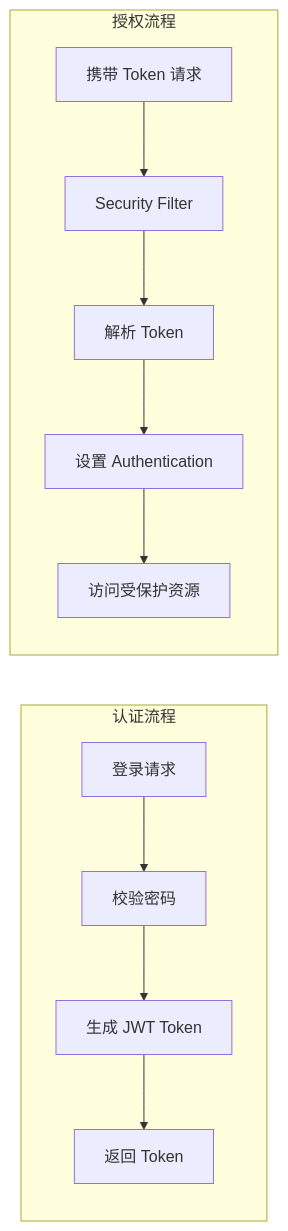
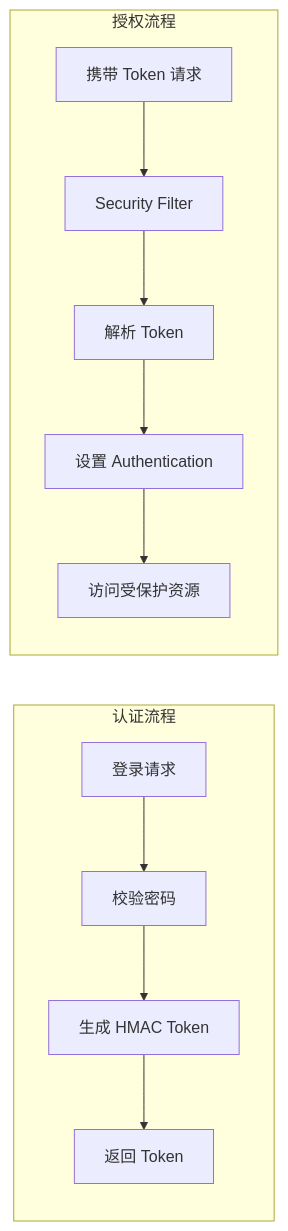
One commit to ZIQI-a/trail-map changed the fifth of 5 diagrams in docs/wiki/02-架构总览.md. Above: the diagram before and after it, drawn with Mermaid. The commit also changed other lines of this file and 14 other files, not shown here.

````diff
--- a/docs/wiki/02-架构总览.md
+++ b/docs/wiki/02-架构总览.md
@@ -169,20 +169,20 @@
 ```mermaid
 graph LR
     subgraph Auth["认证流程"]
         Login["登录请求"]
         Validate["校验密码"]
-        Generate["生成 JWT Token"]
+        Generate["生成 HMAC Token"]
         Return["返回 Token"]
     end
 
     subgraph Authorize["授权流程"]
         Request["携带 Token 请求"]
         Filter["Security Filter"]
         Parse["解析 Token"]
         SetAuth["设置 Authentication"]
         Access["访问受保护资源"]
     end
 
     Login --> Validate --> Generate --> Return
     Request --> Filter --> Parse --> SetAuth --> Access
 ```
````
